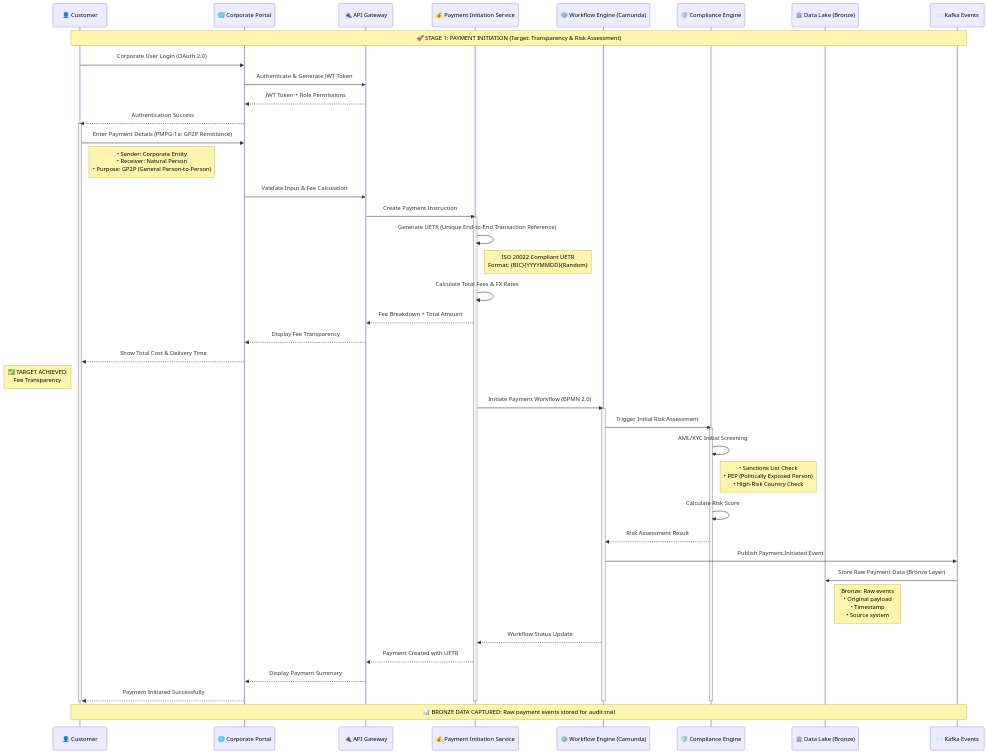
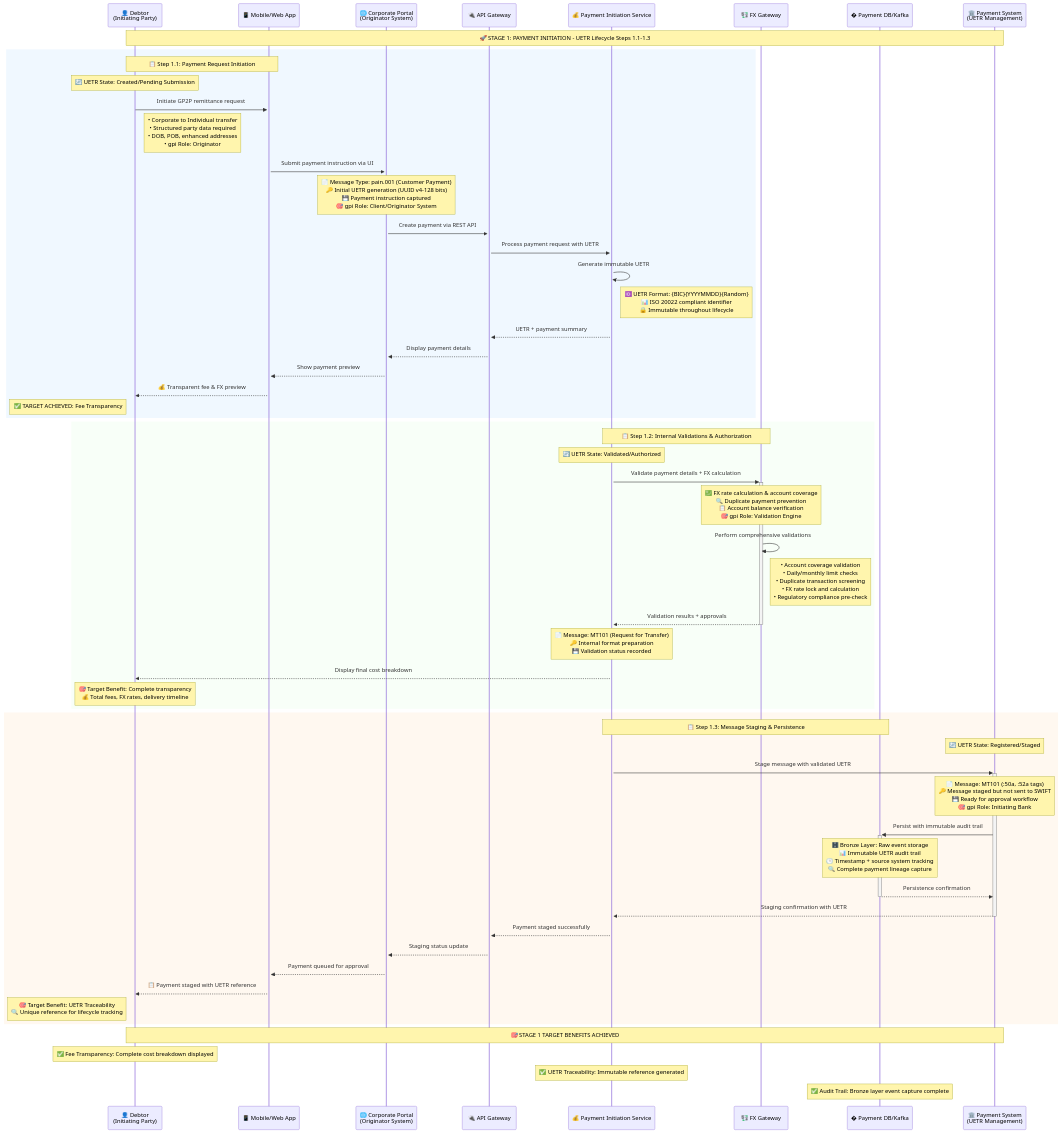
One commit to calvinlee999/react_next_java_journey changed the diagram in docs/sequence-diagrams/stage1-payment-initiation.md. Above: the diagram before and after it, drawn with Mermaid. The commit also changed other lines of this file and 6 other files, not shown here.

````diff
--- a/docs/sequence-diagrams/stage1-payment-initiation.md
+++ b/docs/sequence-diagrams/stage1-payment-initiation.md
@@ -4,68 +4,79 @@
 ```mermaid
 sequenceDiagram
-    participant Customer as 👤 Customer
-    participant Portal as 🌐 Corporate Portal
+    participant Debtor as 👤 Debtor<br/>(Initiating Party)
+    participant MobileApp as 📱 Mobile/Web App
+    participant Portal as 🌐 Corporate Portal<br/>(Originator System)
     participant API as 🔌 API Gateway
     participant PaymentInitSvc as 💰 Payment Initiation Service
-    participant WorkflowEngine as ⚙️ Workflow Engine (Camunda)
-    participant ComplianceEngine as 🛡️ Compliance Engine
-    participant DataLake as 🏛️ Data Lake (Bronze)
-    participant KafkaEvents as 📨 Kafka Events
+    participant FXGateway as 💱 FX Gateway
+    participant PaymentDB as �️ Payment DB/Kafka
+    participant PaymentSystem as 🏛️ Payment System<br/>(UETR Management)
 
-    Note over Customer, KafkaEvents: 🚀 STAGE 1: PAYMENT INITIATION (Target: Transparency & Risk Assessment)
+    Note over Debtor, PaymentSystem: 🚀 STAGE 1: PAYMENT INITIATION - UETR Lifecycle Steps 1.1-1.3
 
-    %% Process Step 1: Corporate User Login
-    Customer->>Portal: Corporate User Login (OAuth 2.0)
-    Portal->>API: Authenticate & Generate JWT Token
-    API-->>Portal: JWT Token + Role Permissions
-    Portal-->>Customer: Authentication Success
+    rect rgb(240, 248, 255)
+        Note over Debtor, MobileApp: 📋 Step 1.1: Payment Request Initiation
+        Note over Debtor: 🔄 UETR State: Created/Pending Submission
+        
+        Debtor->>+MobileApp: Initiate GP2P remittance request
+        Note right of Debtor: • Corporate to Individual transfer<br/>• Structured party data required<br/>• DOB, POB, enhanced addresses<br/>• gpi Role: Originator
+        
+        MobileApp->>+Portal: Submit payment instruction via UI
+        Note over Portal: 📄 Message Type: pain.001 (Customer Payment)<br/>🔑 Initial UETR generation (UUID v4-128 bits)<br/>💾 Payment instruction captured<br/>🎯 gpi Role: Client/Originator System
+        
+        Portal->>+API: Create payment via REST API
+        API->>+PaymentInitSvc: Process payment request with UETR
+        
+        PaymentInitSvc->>PaymentInitSvc: Generate immutable UETR
+        Note right of PaymentInitSvc: 🆔 UETR Format: {BIC}{YYYYMMDD}{Random}<br/>📊 ISO 20022 compliant identifier<br/>🔒 Immutable throughout lifecycle
+        
+        PaymentInitSvc-->>API: UETR + payment summary
+        API-->>Portal: Display payment details
+        Portal-->>MobileApp: Show payment preview
+        MobileApp-->>Debtor: 💰 Transparent fee & FX preview
+        Note left of Debtor: ✅ TARGET ACHIEVED: Fee Transparency
+    end
 
-    %% Process Step 2: Payment Instruction Entry
-    activate Customer
-    Customer->>Portal: Enter Payment Details (PMPG-1a: GP2P Remittance)
-    Note right of Customer: • Sender: Corporate Entity<br/>• Receiver: Natural Person<br/>• Purpose: GP2P (General Person-to-Person)
-    Portal->>API: Validate Input & Fee Calculation
-    API->>PaymentInitSvc: Create Payment Instruction
-    activate PaymentInitSvc
+    rect rgb(248, 255, 248)
+        Note over PaymentInitSvc, FXGateway: 📋 Step 1.2: Internal Validations & Authorization
+        Note over PaymentInitSvc: 🔄 UETR State: Validated/Authorized
+        
+        PaymentInitSvc->>+FXGateway: Validate payment details + FX calculation
+        Note over FXGateway: 💹 FX rate calculation & account coverage<br/>🔍 Duplicate payment prevention<br/>📋 Account balance verification<br/>🎯 gpi Role: Validation Engine
+        
+        FXGateway->>FXGateway: Perform comprehensive validations
+        Note right of FXGateway: • Account coverage validation<br/>• Daily/monthly limit checks<br/>• Duplicate transaction screening<br/>• FX rate lock and calculation<br/>• Regulatory compliance pre-check
+        
+        FXGateway-->>-PaymentInitSvc: Validation results + approvals
+        Note over PaymentInitSvc: 📄 Message: MT101 (Request for Transfer)<br/>🔑 Internal format preparation<br/>💾 Validation status recorded
+        
+        PaymentInitSvc-->>Debtor: Display final cost breakdown
+        Note over Debtor: 🎯 Target Benefit: Complete transparency<br/>💰 Total fees, FX rates, delivery timeline
+    end
 
-    %% Process Step 3: UETR Generation
-    PaymentInitSvc->>PaymentInitSvc: Generate UETR (Unique End-to-End Transaction Reference)
-    Note right of PaymentInitSvc: ISO 20022 Compliant UETR<br/>Format: {BIC}{YYYYMMDD}{Random}
+    rect rgb(255, 248, 240)
+        Note over PaymentInitSvc, PaymentDB: 📋 Step 1.3: Message Staging & Persistence
+        Note over PaymentSystem: 🔄 UETR State: Registered/Staged
+        
+        PaymentInitSvc->>+PaymentSystem: Stage message with validated UETR
+        Note over PaymentSystem: 📄 Message: MT101 (:50a, :52a tags)<br/>🔑 Message staged but not sent to SWIFT<br/>💾 Ready for approval workflow<br/>🎯 gpi Role: Initiating Bank
+        
+        PaymentSystem->>+PaymentDB: Persist with immutable audit trail
+        Note over PaymentDB: 🗄️ Bronze Layer: Raw event storage<br/>📊 Immutable UETR audit trail<br/>🕒 Timestamp + source system tracking<br/>🔍 Complete payment lineage capture
+        
+        PaymentDB-->>-PaymentSystem: Persistence confirmation
+        PaymentSystem-->>-PaymentInitSvc: Staging confirmation with UETR
+        
+        PaymentInitSvc-->>API: Payment staged successfully
+        API-->>Portal: Staging status update
+        Portal-->>MobileApp: Payment queued for approval
+        MobileApp-->>Debtor: 📋 Payment staged with UETR reference
+        Note left of Debtor: 🎯 Target Benefit: UETR Traceability<br/>🔍 Unique reference for lifecycle tracking
+    end
 
-    %% Process Step 4: Fee Transparency
-    PaymentInitSvc->>PaymentInitSvc: Calculate Total Fees & FX Rates
-    PaymentInitSvc-->>API: Fee Breakdown + Total Amount
-    API-->>Portal: Display Fee Transparency
-    Portal-->>Customer: Show Total Cost & Delivery Time
-    Note left of Customer: ✅ TARGET ACHIEVED:<br/>Fee Transparency
-
-    %% Process Step 5: Workflow Initiation
-    PaymentInitSvc->>WorkflowEngine: Initiate Payment Workflow (BPMN 2.0)
-    activate WorkflowEngine
-    WorkflowEngine->>ComplianceEngine: Trigger Initial Risk Assessment
-    activate ComplianceEngine
-
-    %% Process Step 6: Initial Compliance Check
-    ComplianceEngine->>ComplianceEngine: AML/KYC Initial Screening
-    Note right of ComplianceEngine: • Sanctions List Check<br/>• PEP (Politically Exposed Person)<br/>• High-Risk Country Check
-    ComplianceEngine->>ComplianceEngine: Calculate Risk Score
-    ComplianceEngine-->>WorkflowEngine: Risk Assessment Result
-
-    %% Process Step 7: Data Events (Bronze Layer)
-    WorkflowEngine->>KafkaEvents: Publish Payment.Initiated Event
-    KafkaEvents->>DataLake: Store Raw Payment Data (Bronze Layer)
-    Note right of DataLake: Bronze: Raw events<br/>• Original payload<br/>• Timestamp<br/>• Source system
-
-    %% Process Step 8: Customer Confirmation
-    WorkflowEngine-->>PaymentInitSvc: Workflow Status Update
-    PaymentInitSvc-->>API: Payment Created with UETR
-    API-->>Portal: Display Payment Summary
-    Portal-->>Customer: Payment Initiated Successfully
-    deactivate Customer
-    deactivate PaymentInitSvc
-    deactivate WorkflowEngine
-    deactivate ComplianceEngine
-
-    Note over Customer, KafkaEvents: 📊 BRONZE DATA CAPTURED: Raw payment events stored for audit trail
+    Note over Debtor, PaymentSystem: 🎯 STAGE 1 TARGET BENEFITS ACHIEVED
+    Note over Debtor: ✅ Fee Transparency: Complete cost breakdown displayed
+    Note over PaymentInitSvc: ✅ UETR Traceability: Immutable reference generated
+    Note over PaymentDB: ✅ Audit Trail: Bronze layer event capture complete
 
 ```
````
